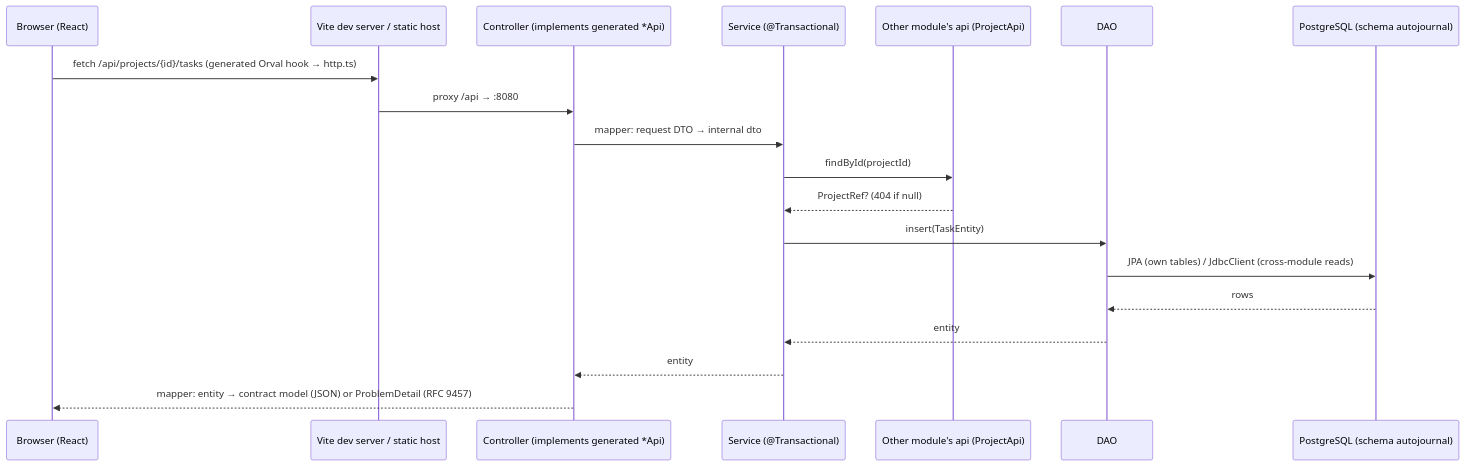
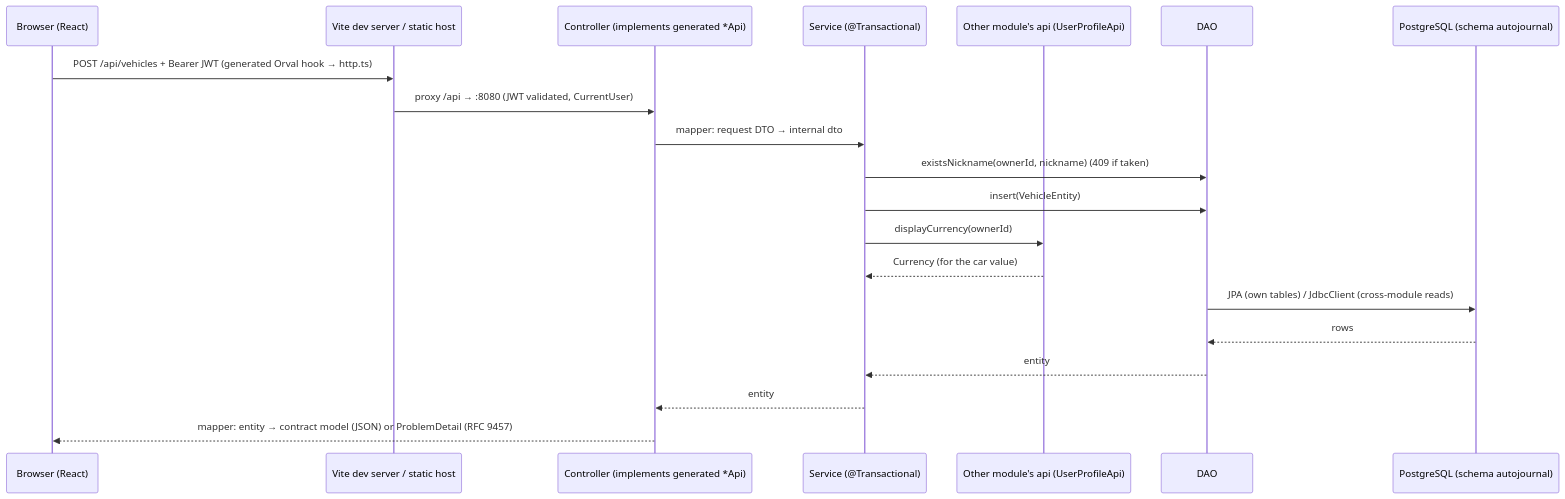
One commit to jovanhn/auto-journal changed the diagram in docs/architecture.md. Above: the diagram before and after it, drawn with Mermaid. The commit also changed other lines of this file and 7 other files, not shown here.

First line of the commit message:
docs(docs): make vehicles the reference module and mark the spec implemented

````diff
--- a/docs/architecture.md
+++ b/docs/architecture.md
@@ -63,22 +66,23 @@
 ```mermaid
 sequenceDiagram
     participant B as Browser (React)
     participant V as Vite dev server / static host
     participant C as Controller (implements generated *Api)
     participant S as Service (@Transactional)
-    participant P as Other module's api (ProjectApi)
+    participant P as Other module's api (UserProfileApi)
     participant D as DAO
     participant DB as PostgreSQL (schema autojournal)
 
-    B->>V: fetch /api/projects/{id}/tasks (generated Orval hook → http.ts)
-    V->>C: proxy /api → :8080
+    B->>V: POST /api/vehicles + Bearer JWT (generated Orval hook → http.ts)
+    V->>C: proxy /api → :8080 (JWT validated, CurrentUser)
     C->>S: mapper: request DTO → internal dto
-    S->>P: findById(projectId)
-    P-->>S: ProjectRef? (404 if null)
-    S->>D: insert(TaskEntity)
+    S->>D: existsNickname(ownerId, nickname) (409 if taken)
+    S->>D: insert(VehicleEntity)
+    S->>P: displayCurrency(ownerId)
+    P-->>S: Currency (for the car value)
     D->>DB: JPA (own tables) / JdbcClient (cross-module reads)
     DB-->>D: rows
     D-->>S: entity
     S-->>C: entity
     C-->>B: mapper: entity → contract model (JSON) or ProblemDetail (RFC 9457)
 ```
````
